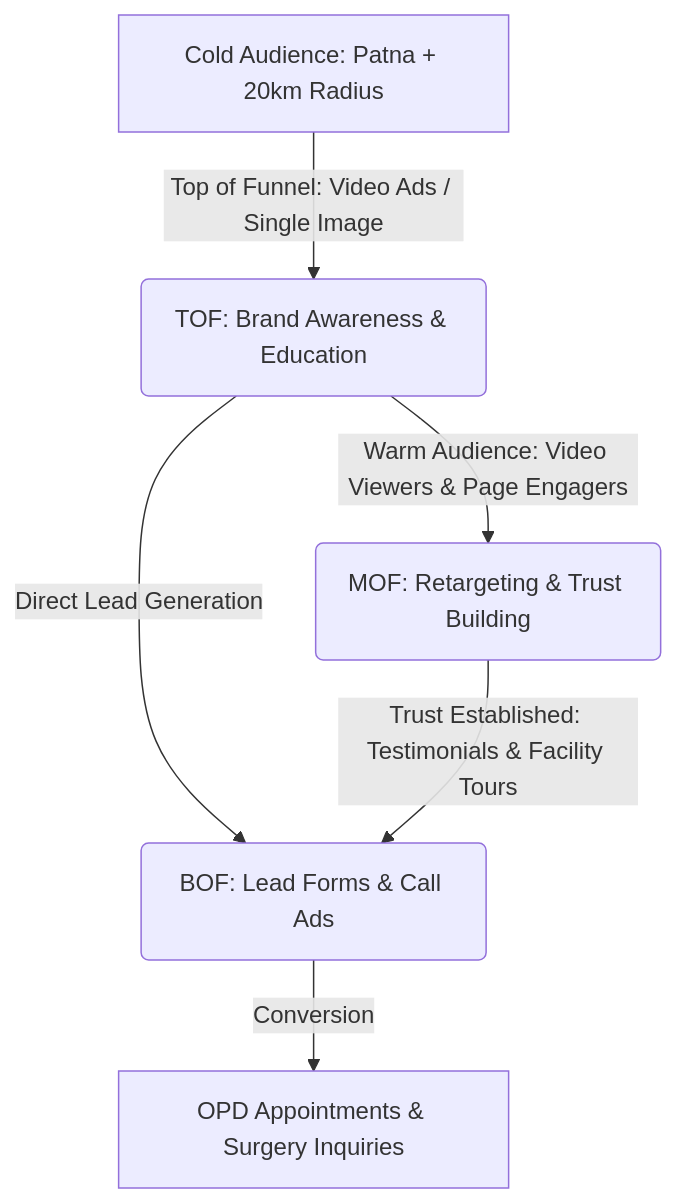
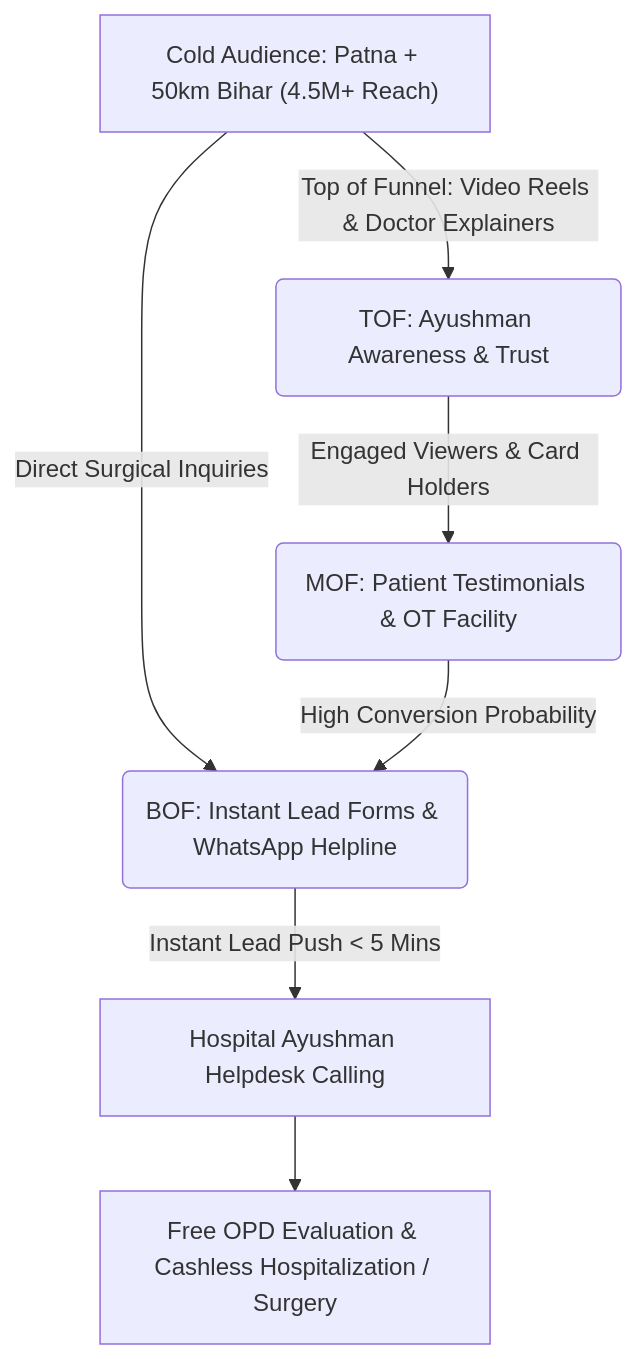
One commit to Golujs2000/SARVADA-HOSPITO-CARE-PATNA changed the first of 2 diagrams in meta_ads_plan.md. Above: the diagram before and after it, drawn with Mermaid. The commit also changed other lines of this file and 5 other files, not shown here.

````diff
--- a/meta_ads_plan.md
+++ b/meta_ads_plan.md
@@ -11,8 +18,9 @@
 ```mermaid
 graph TD
-    A[Cold Audience: Patna + 20km Radius] -->|Top of Funnel: Video Ads / Single Image| B(TOF: Brand Awareness & Education)
-    B -->|Warm Audience: Video Viewers & Page Engagers| C(MOF: Retargeting & Trust Building)
-    B -->|Direct Lead Generation| D(BOF: Lead Forms & Call Ads)
-    C -->|Trust Established: Testimonials & Facility Tours| D
-    D -->|Conversion| E[OPD Appointments & Surgery Inquiries]
+    A["Cold Audience: Patna + 50km Bihar (4.5M+ Reach)"] -->|Top of Funnel: Video Reels & Doctor Explainers| B(TOF: Ayushman Awareness & Trust)
+    B -->|Engaged Viewers & Card Holders| C(MOF: Patient Testimonials & OT Facility)
+    A -->|Direct Surgical Inquiries| D(BOF: Instant Lead Forms & WhatsApp Helpline)
+    C -->|High Conversion Probability| D
+    D -->|Instant Lead Push < 5 Mins| E[Hospital Ayushman Helpdesk Calling]
+    E --> F[Free OPD Evaluation & Cashless Hospitalization / Surgery]
 ```
````
